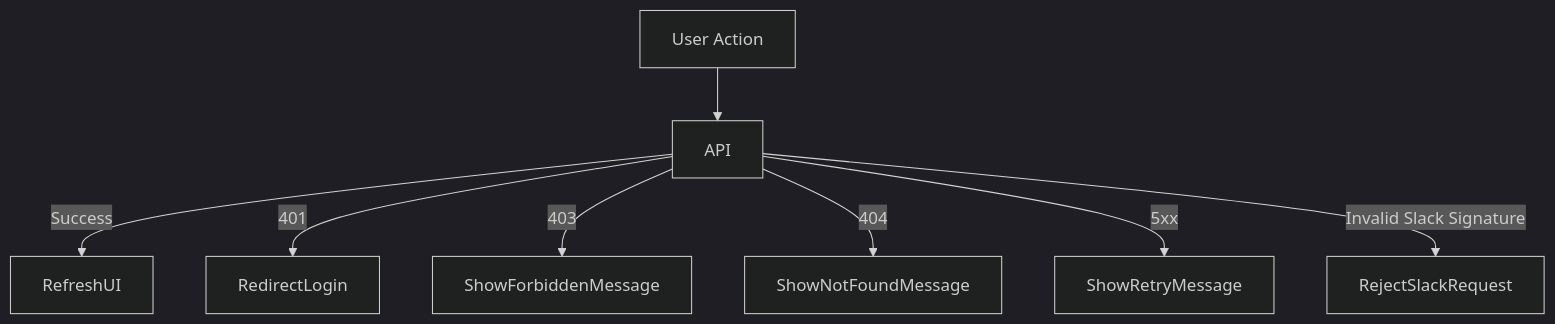
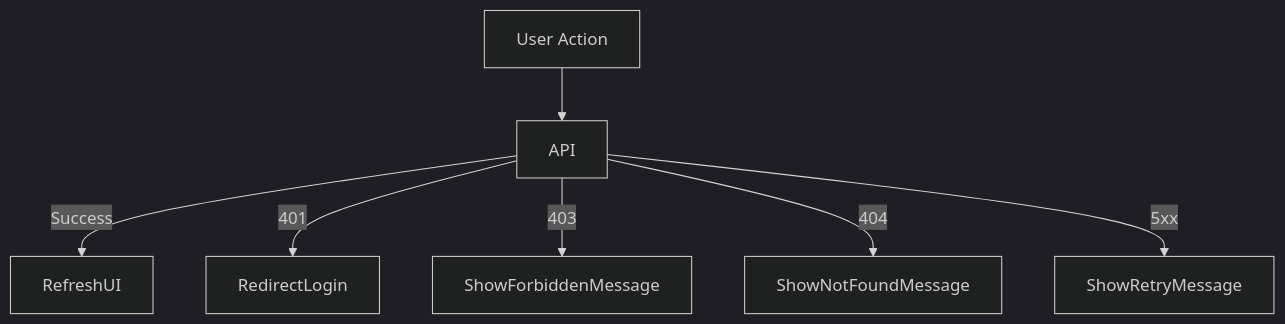
Before and after one commit to Asheze1127/progress-checker: the sixth of 13 diagrams in docs/details/03_screen-flow.md, drawn with Mermaid (dark theme).

````diff
--- a/docs/details/03_screen-flow.md
+++ b/docs/details/03_screen-flow.md
@@ -153,10 +153,9 @@
 ```mermaid
 flowchart TD
     Action[User Action] --> API
     API -->|Success| RefreshUI
     API -->|401| RedirectLogin
     API -->|403| ShowForbiddenMessage
     API -->|404| ShowNotFoundMessage
     API -->|5xx| ShowRetryMessage
-    API -->|Invalid Slack Signature| RejectSlackRequest
 ```
````
